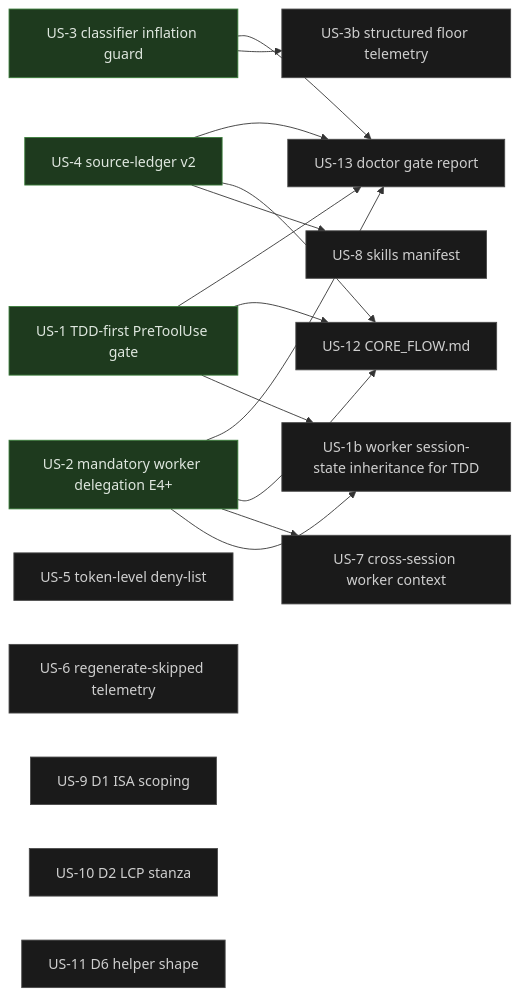
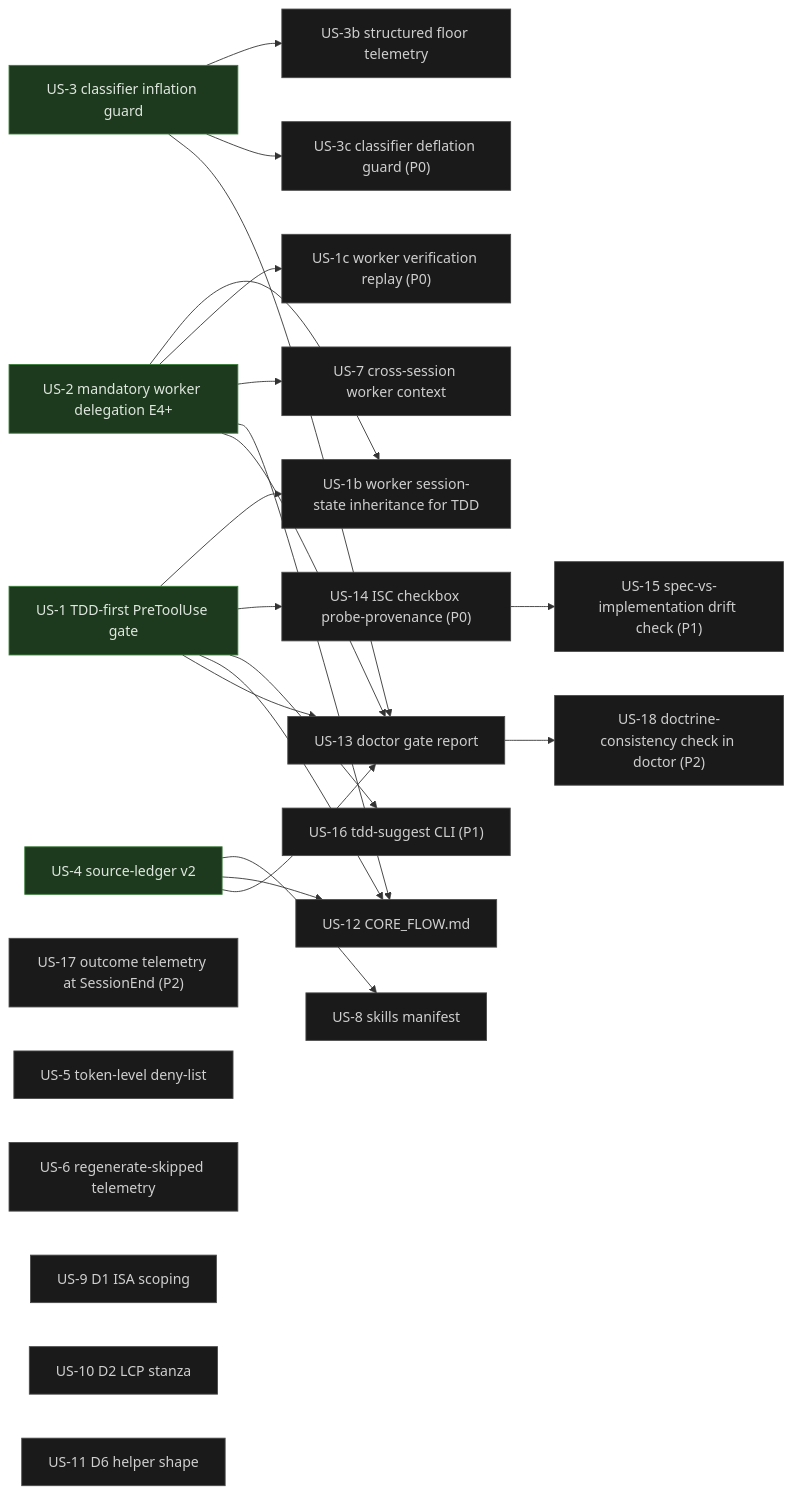
One commit to Esk3nder/claude-hooks-ts changed the diagram in docs/USER_STORIES.md. Above: the diagram before and after it, drawn with Mermaid. The commit also changed other lines of this file, not shown here.

````diff
--- a/docs/USER_STORIES.md
+++ b/docs/USER_STORIES.md
@@ -15,35 +15,48 @@
 ```mermaid
 graph LR
   classDef done fill:#1e3a1e,stroke:#3a7d3a,color:#dfe7df;
   classDef flight fill:#3a311e,stroke:#9d7d2e,color:#f0e7d0;
   classDef todo fill:#1a1a1a,stroke:#4a4a4a,color:#cfcfcf;
 
   US3["US-3 classifier inflation guard"]:::done
   US4["US-4 source-ledger v2"]:::done
   US1["US-1 TDD-first PreToolUse gate"]:::done
   US2["US-2 mandatory worker delegation E4+"]:::done
   US1b["US-1b worker session-state inheritance for TDD"]:::todo
+  US1c["US-1c worker verification replay (P0)"]:::todo
   US3b["US-3b structured floor telemetry"]:::todo
+  US3c["US-3c classifier deflation guard (P0)"]:::todo
+  US14["US-14 ISC checkbox probe-provenance (P0)"]:::todo
+  US15["US-15 spec-vs-implementation drift check (P1)"]:::todo
+  US16["US-16 tdd-suggest CLI (P1)"]:::todo
+  US17["US-17 outcome telemetry at SessionEnd (P2)"]:::todo
+  US18["US-18 doctrine-consistency check in doctor (P2)"]:::todo
   US5["US-5 token-level deny-list"]:::todo
   US6["US-6 regenerate-skipped telemetry"]:::todo
   US7["US-7 cross-session worker context"]:::todo
   US8["US-8 skills manifest"]:::todo
   US9["US-9 D1 ISA scoping"]:::todo
   US10["US-10 D2 LCP stanza"]:::todo
   US11["US-11 D6 helper shape"]:::todo
   US12["US-12 CORE_FLOW.md"]:::todo
   US13["US-13 doctor gate report"]:::todo
 
   US1 --> US1b
   US2 --> US1b
+  US2 --> US1c
   US3 --> US3b
+  US3 --> US3c
+  US1 --> US14
+  US14 --> US15
+  US1 --> US16
   US4 --> US8
   US2 --> US7
+  US13 --> US18
   US1 --> US12
   US2 --> US12
   US4 --> US12
   US1 --> US13
   US2 --> US13
   US3 --> US13
   US4 --> US13
 ```
````
